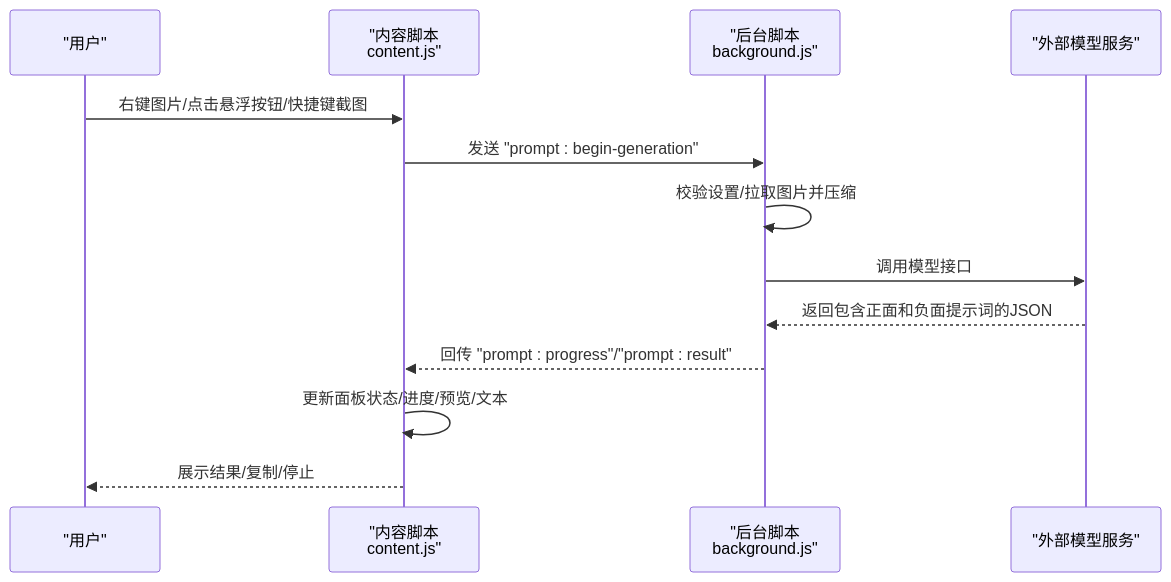
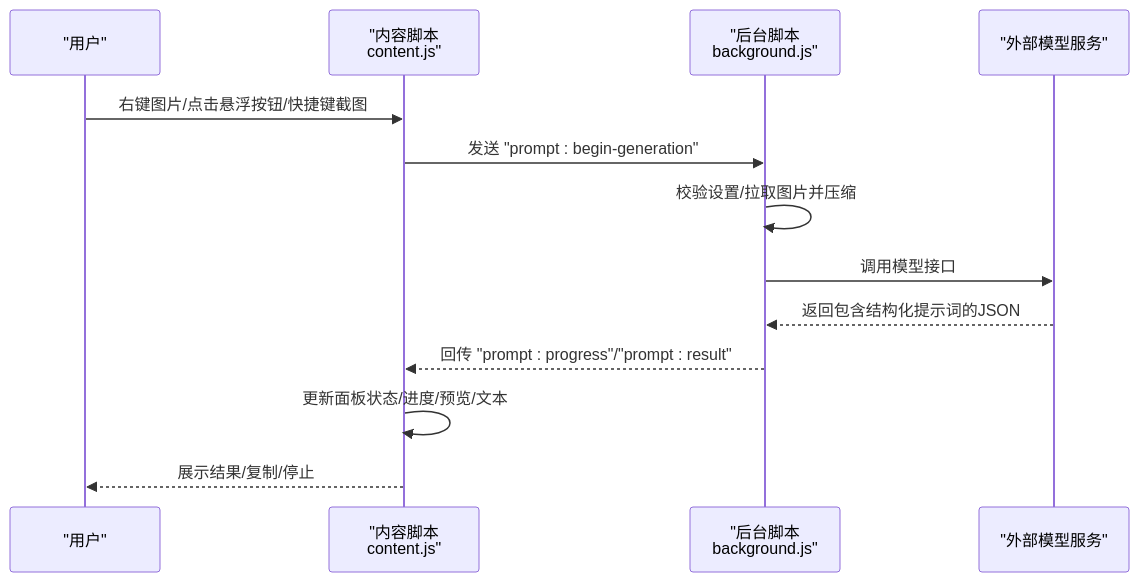
Before and after one commit to binasi/Img2Prompt: the second of 6 diagrams in .qoder/repowiki/zh/content/技术架构/核心模块分析/内容脚本模块 (content.js).md, drawn with Mermaid. The commit also changed other lines of this file and 19 other files, not shown here.

````diff
--- a/.qoder/repowiki/zh/content/技术架构/核心模块分析/内容脚本模块 (content.js).md
+++ b/.qoder/repowiki/zh/content/技术架构/核心模块分析/内容脚本模块 (content.js).md
@@ -120,15 +133,15 @@
 ```mermaid
 sequenceDiagram
 participant User as "用户"
 participant CS as "内容脚本<br/>content.js"
 participant BG as "后台脚本<br/>background.js"
 participant API as "外部模型服务"
 User->>CS : 右键图片/点击悬浮按钮/快捷键截图
 CS->>BG : 发送 "prompt : begin-generation"
 BG->>BG : 校验设置/拉取图片并压缩
 BG->>API : 调用模型接口
-API-->>BG : 返回包含正面和负面提示词的JSON
+API-->>BG : 返回包含结构化提示词的JSON
 BG-->>CS : 回传 "prompt : progress"/"prompt : result"
 CS->>CS : 更新面板状态/进度/预览/文本
 CS-->>User : 展示结果/复制/停止
 ```
````
